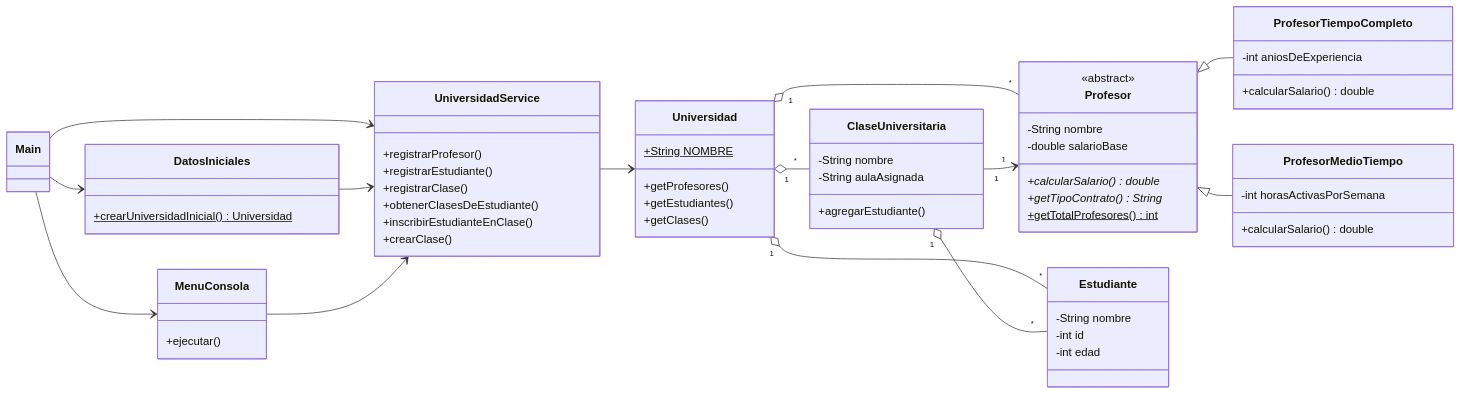
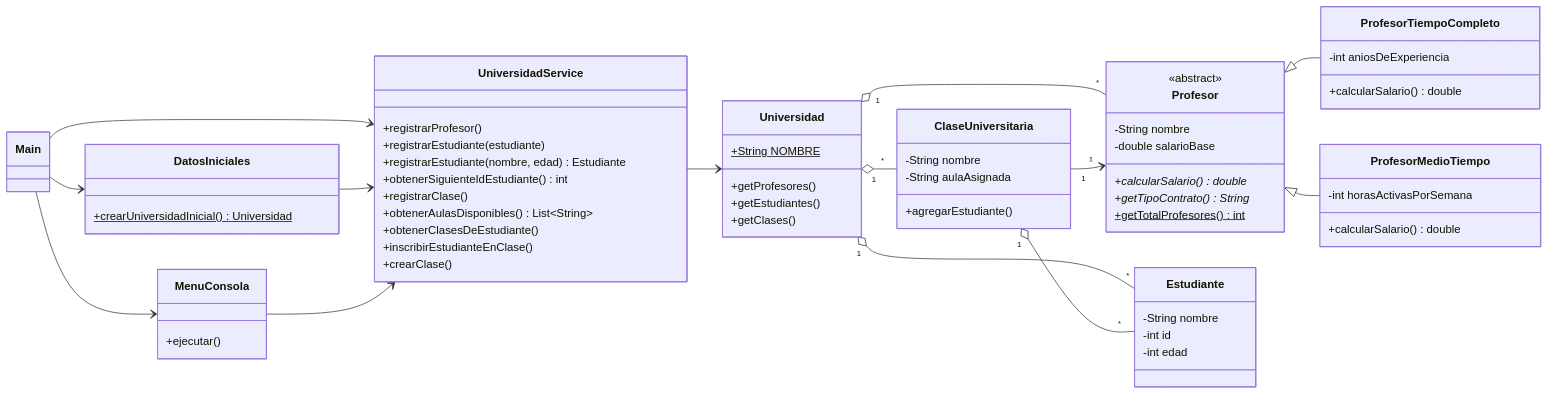
The diagram in docs/diagrama.md (michael-pinzon/sistema-clases-universidad-java), drawn with Mermaid before and after one commit. The commit also changed 3 other files, not shown here.

````diff
--- a/docs/diagrama.md
+++ b/docs/diagrama.md
@@ -3,74 +3,77 @@
 ```mermaid
 classDiagram
     direction LR
 
     class Main
     class MenuConsola {
         +ejecutar()
     }
 
     class UniversidadService {
         +registrarProfesor()
-        +registrarEstudiante()
+        +registrarEstudiante(estudiante)
+        +registrarEstudiante(nombre, edad) Estudiante
+        +obtenerSiguienteIdEstudiante() int
         +registrarClase()
+        +obtenerAulasDisponibles() List~String~
         +obtenerClasesDeEstudiante()
         +inscribirEstudianteEnClase()
         +crearClase()
     }
 
     class DatosIniciales {
         +crearUniversidadInicial() Universidad$
     }
 
     class Universidad {
         +String NOMBRE$
         +getProfesores()
         +getEstudiantes()
         +getClases()
     }
 
     class Profesor {
         <<abstract>>
         -String nombre
         -double salarioBase
         +calcularSalario() double*
         +getTipoContrato() String*
         +getTotalProfesores() int$
     }
 
     class ProfesorTiempoCompleto {
         -int aniosDeExperiencia
         +calcularSalario() double
     }
 
     class ProfesorMedioTiempo {
         -int horasActivasPorSemana
         +calcularSalario() double
     }
 
     class Estudiante {
         -String nombre
         -int id
         -int edad
     }
 
     class ClaseUniversitaria {
         -String nombre
         -String aulaAsignada
         +agregarEstudiante()
     }
 
     Main --> DatosIniciales
     Main --> UniversidadService
     Main --> MenuConsola
     DatosIniciales --> UniversidadService
     UniversidadService --> Universidad
     Universidad "1" o-- "*" Profesor
     Universidad "1" o-- "*" Estudiante
     Universidad "1" o-- "*" ClaseUniversitaria
     ClaseUniversitaria "1" --> "1" Profesor
     ClaseUniversitaria "1" o-- "*" Estudiante
     Profesor <|-- ProfesorTiempoCompleto
     Profesor <|-- ProfesorMedioTiempo
     MenuConsola --> UniversidadService
 ```
````
